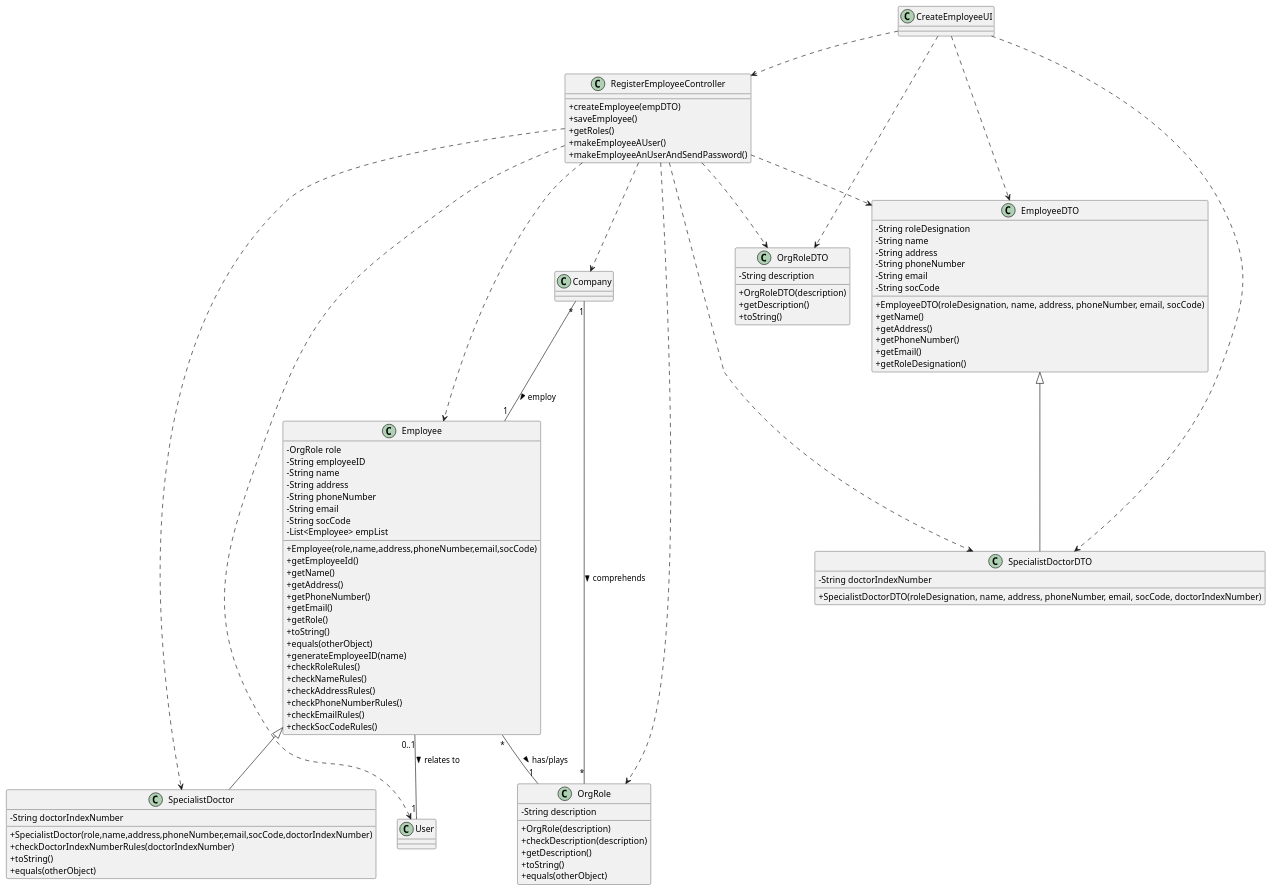
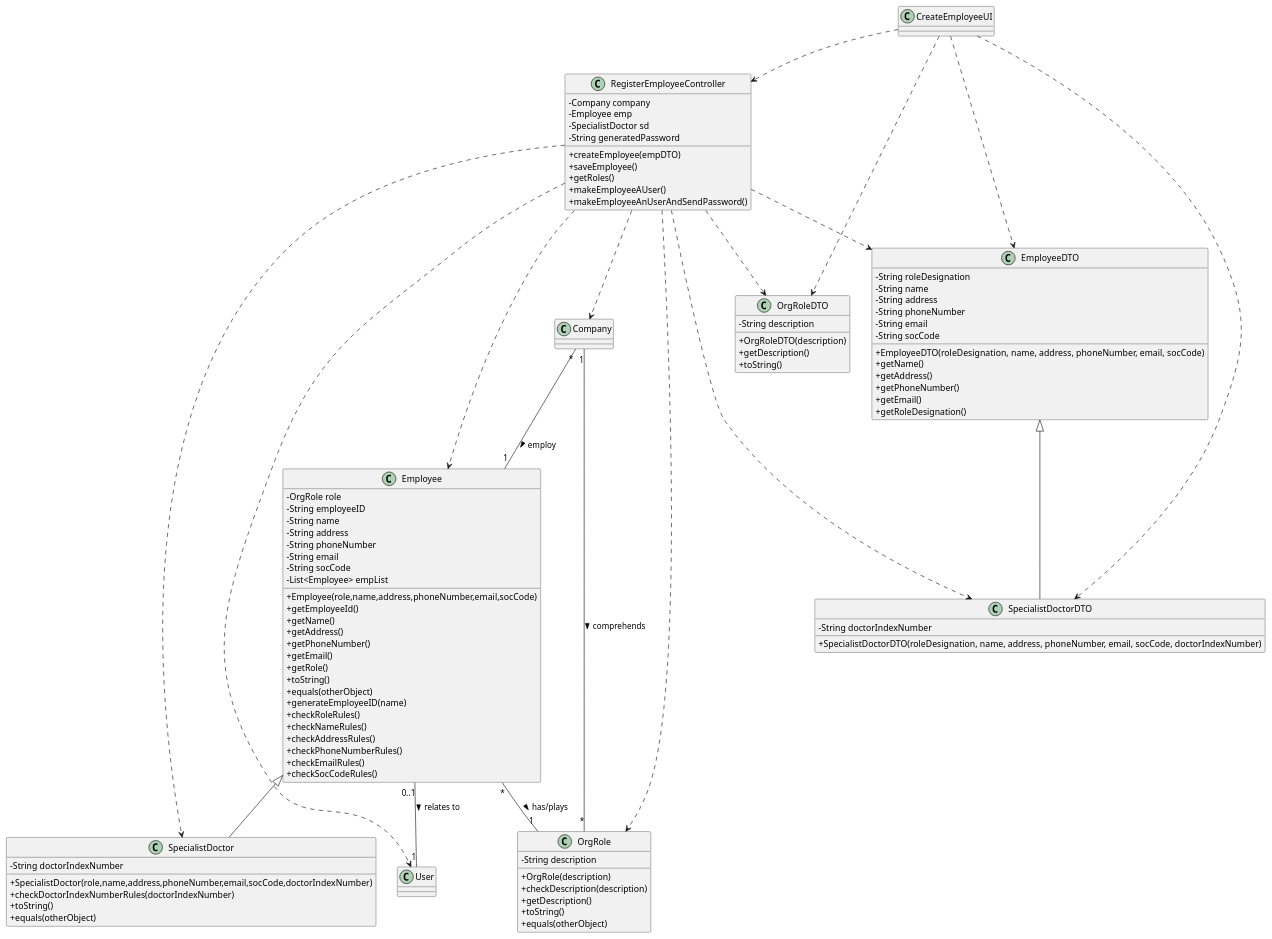
The diagram in docs/SprintB/US_7/US7_CD.puml (ana-albergaria/LAPR2-ISEP), drawn with PlantUML before and after one commit.

Commit message:
Updated US7 CD.

```diff
--- a/docs/SprintB/US_7/US7_CD.puml
+++ b/docs/SprintB/US_7/US7_CD.puml
@@ -1,114 +1,118 @@
 @startuml
 skinparam classAttributeIconSize 0
 
 class CreateEmployeeUI {
 }
 
 class RegisterEmployeeController {
+-Company company
+-Employee emp
+-SpecialistDoctor sd
+-String generatedPassword
 +createEmployee(empDTO)
 +saveEmployee()
 +getRoles()
 +makeEmployeeAUser()
 +makeEmployeeAnUserAndSendPassword()
 }
 
 class Employee {
 -OrgRole role
 -String employeeID
 -String name
 -String address
 -String phoneNumber
 -String email
 -String socCode
 -List<Employee> empList
 +Employee(role,name,address,phoneNumber,email,socCode)
 +getEmployeeId()
 +getName()
 +getAddress()
 +getPhoneNumber()
 +getEmail()
 +getRole()
 +toString()
 +equals(otherObject)
 +generateEmployeeID(name)
 +checkRoleRules()
 +checkNameRules()
 +checkAddressRules()
 +checkPhoneNumberRules()
 +checkEmailRules()
 +checkSocCodeRules()
 
 
 }
 
 class SpecialistDoctor {
 -String doctorIndexNumber
 +SpecialistDoctor(role,name,address,phoneNumber,email,socCode,doctorIndexNumber)
 +checkDoctorIndexNumberRules(doctorIndexNumber)
 +toString()
 +equals(otherObject)
 }
 
 class OrgRole {
 -String description
 +OrgRole(description)
 +checkDescription(description)
 +getDescription()
 +toString()
 +equals(otherObject)
 }
 
 class OrgRoleDTO {
 -String description
 +OrgRoleDTO(description)
 +getDescription()
 +toString()
 }
 
 class EmployeeDTO {
 -String roleDesignation
 -String name
 -String address
 -String phoneNumber
 -String email
 -String socCode
 +EmployeeDTO(roleDesignation, name, address, phoneNumber, email, socCode)
 +getName()
 +getAddress()
 +getPhoneNumber()
 +getEmail()
 +getRoleDesignation()
 }
 
 class SpecialistDoctorDTO {
 -String doctorIndexNumber
 +SpecialistDoctorDTO(roleDesignation, name, address, phoneNumber, email, socCode, doctorIndexNumber)
 }
 
 class User {
 }
 
 CreateEmployeeUI ..> RegisterEmployeeController
 Employee <|-- SpecialistDoctor
 RegisterEmployeeController ..> Employee
 RegisterEmployeeController ..> SpecialistDoctor
 CreateEmployeeUI ..> EmployeeDTO
 CreateEmployeeUI ..> SpecialistDoctorDTO
 RegisterEmployeeController ..> EmployeeDTO
 RegisterEmployeeController ..> SpecialistDoctorDTO
 RegisterEmployeeController ..> OrgRoleDTO
 CreateEmployeeUI ..> OrgRoleDTO
 RegisterEmployeeController ..> Company
 RegisterEmployeeController ..> OrgRole
 
 EmployeeDTO <|-- SpecialistDoctorDTO
 
 Employee "*" -- "1" OrgRole : has/plays >
 Company "1" -- "*" OrgRole : comprehends >
 Company "*" -- "1" Employee : employ >
 Employee "0..1" -- "1" User : relates to >
 
 RegisterEmployeeController ..> User
 
 
 @enduml
```
